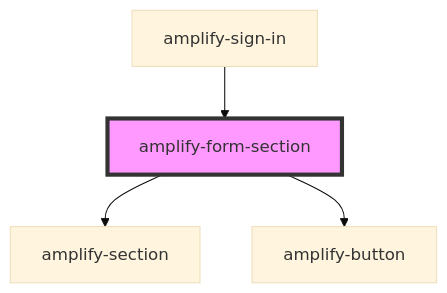
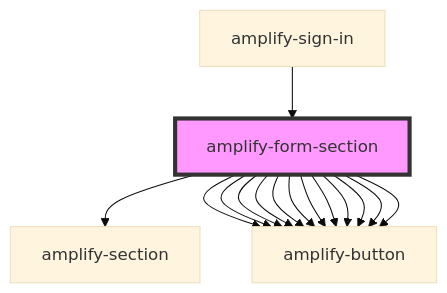
Before and after one commit to aws-amplify/amplify-js: the diagram in packages/amplify-ui-components/src/components/amplify-form-section/readme.md, drawn with Mermaid (base theme). The commit also changed other lines of this file and 8 other files, not shown here.

````diff
--- a/packages/amplify-ui-components/src/components/amplify-form-section/readme.md
+++ b/packages/amplify-ui-components/src/components/amplify-form-section/readme.md
@@ -30,7 +41,18 @@
 ```mermaid
 graph TD;
   amplify-form-section --> amplify-section
   amplify-form-section --> amplify-button
+  amplify-form-section --> amplify-button
+  amplify-form-section --> amplify-button
+  amplify-form-section --> amplify-button
+  amplify-form-section --> amplify-button
+  amplify-form-section --> amplify-button
+  amplify-form-section --> amplify-button
+  amplify-form-section --> amplify-button
+  amplify-form-section --> amplify-button
+  amplify-form-section --> amplify-button
+  amplify-form-section --> amplify-button
+  amplify-form-section --> amplify-button
   amplify-sign-in --> amplify-form-section
   style amplify-form-section fill:#f9f,stroke:#333,stroke-width:4px
 ```
````
